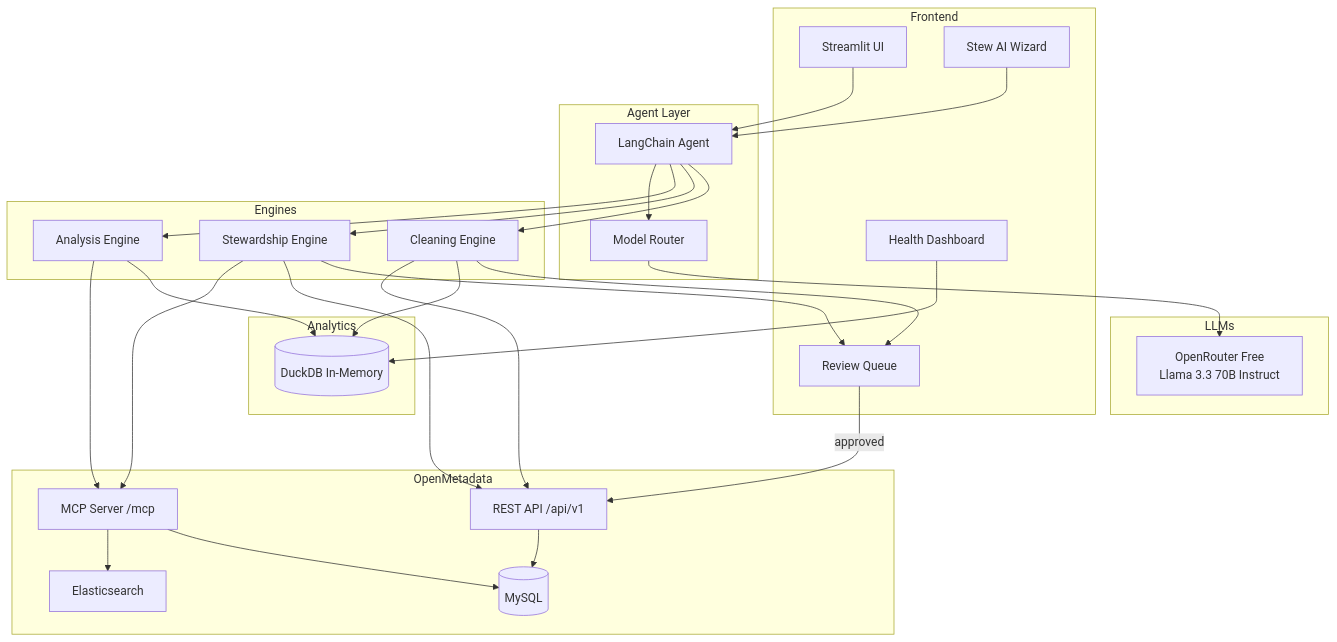
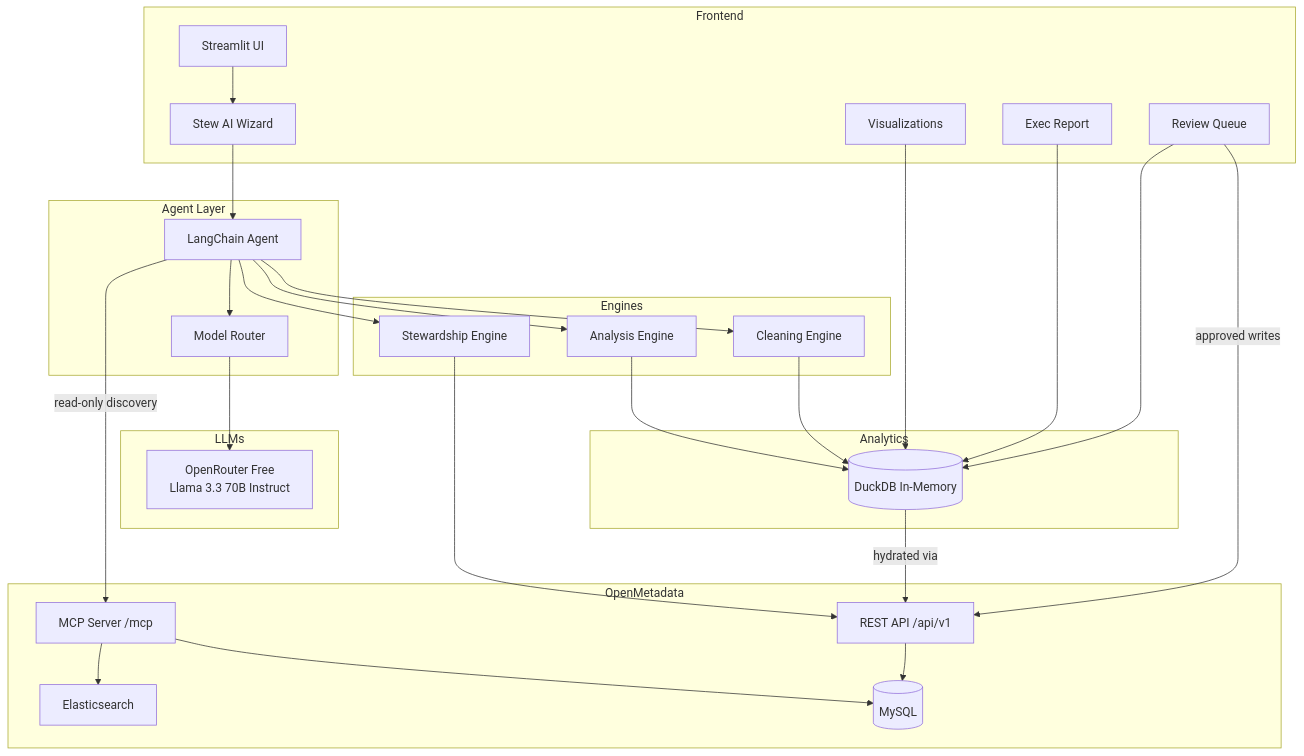
The diagram in README.md (blueberrylinux/metasift), drawn with Mermaid before and after one commit. The commit also changed other lines of this file, not shown here.

First line of the commit message:
docs: README polish — accurate architecture + full feature list

````diff
--- a/README.md
+++ b/README.md
@@ -77,56 +100,56 @@
 ```mermaid
 graph TB
     subgraph Frontend
         UI[Streamlit UI]
         Stew[Stew AI Wizard]
-        Dash[Health Dashboard]
+        Viz[Visualizations]
         RQ[Review Queue]
+        Rep[Exec Report]
     end
 
     subgraph Agent Layer
         Agent[LangChain Agent]
         MR[Model Router]
     end
 
     subgraph Engines
         AE[Analysis Engine]
         SE[Stewardship Engine]
         CE[Cleaning Engine]
     end
 
     subgraph OpenMetadata
         MCP[MCP Server /mcp]
         REST[REST API /api/v1]
         ES[Elasticsearch]
         DB[(MySQL)]
     end
 
     subgraph LLMs
         OR[OpenRouter Free\nLlama 3.3 70B Instruct]
     end
 
     subgraph Analytics
         DDB[(DuckDB In-Memory)]
     end
 
-    UI --> Agent
+    UI --> Stew
     Stew --> Agent
     Agent --> MR
     MR --> OR
     Agent --> AE
     Agent --> SE
     Agent --> CE
-    AE --> MCP
+    Agent -->|read-only discovery| MCP
     AE --> DDB
-    SE --> MCP
+    CE --> DDB
     SE --> REST
-    CE --> REST
-    CE --> DDB
+    DDB -->|hydrated via| REST
     MCP --> ES
     MCP --> DB
     REST --> DB
-    Dash --> DDB
-    SE --> RQ
-    CE --> RQ
-    RQ -->|approved| REST
+    Viz --> DDB
+    Rep --> DDB
+    RQ --> DDB
+    RQ -->|approved writes| REST
 ```
````
